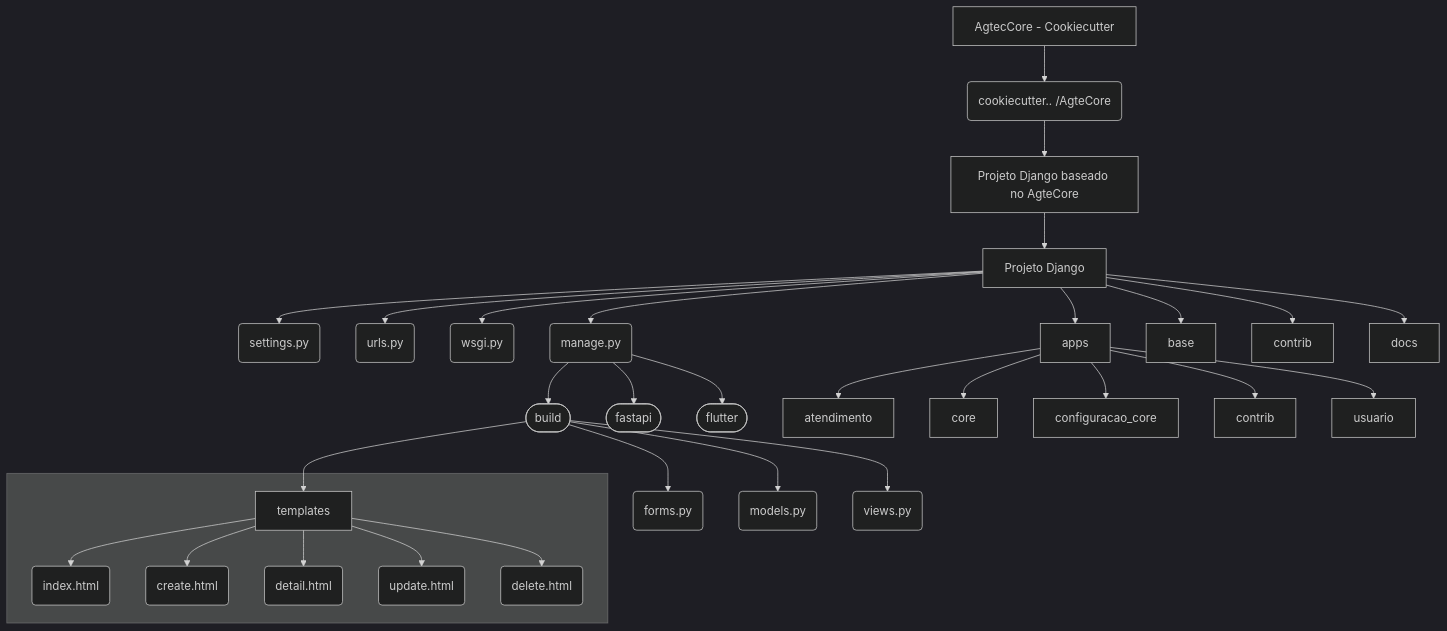
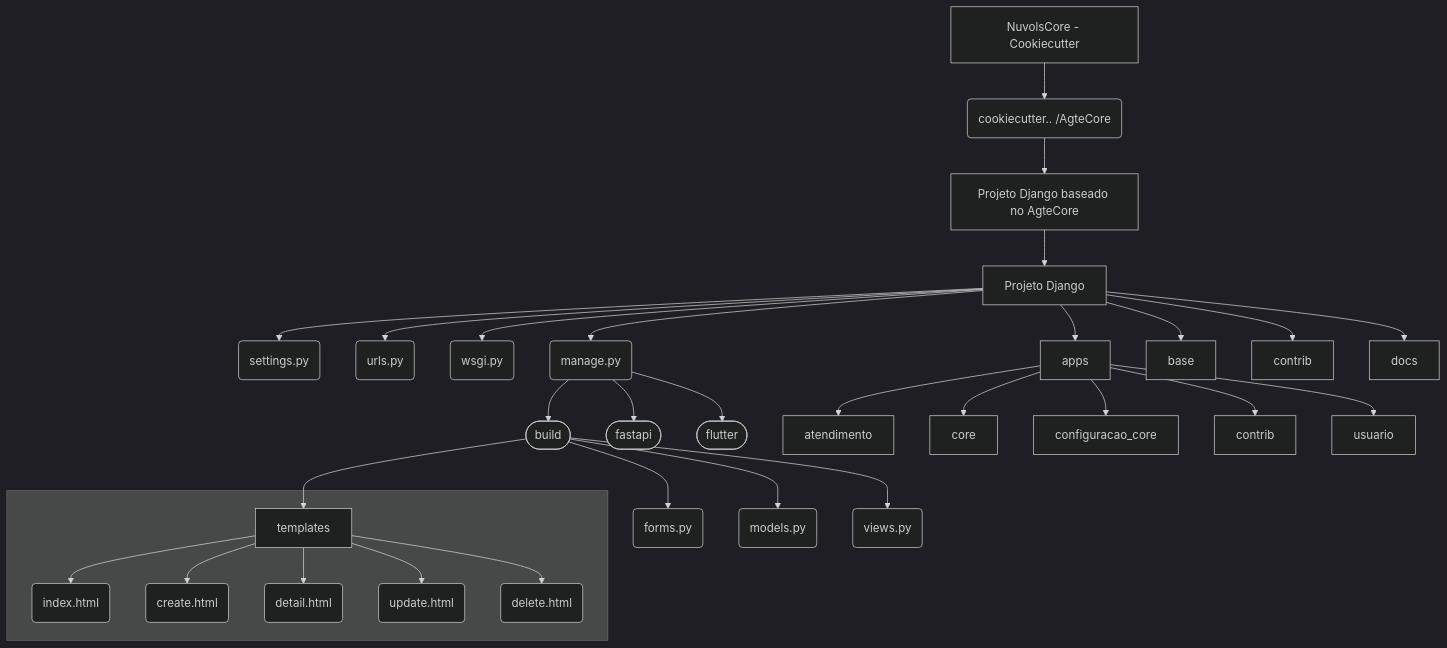
One commit to AgtecPalmas/AgtecCore changed the diagram in README.md. Above: the diagram before and after it, drawn with Mermaid (dark theme). The commit also changed other lines of this file and 103 other files, not shown here.

````diff
--- a/README.md
+++ b/README.md
@@ -152,35 +166,35 @@
 ```mermaid
 flowchart TD
-    A[ AgtecCore - Cookiecutter ]
+    A[ NuvolsCore - Cookiecutter ]
 A --> B( cookiecutter.. /AgteCore )
 B --> D[ Projeto Django baseado no AgteCore]
 D --> E[ Projeto Django ]
 E --> F( settings.py )
 E --> G( urls.py )
 E --> H( wsgi.py )
 E --> I( manage.py )
 I --> T([ build ])
 I --> U([ fastapi])
 I --> v([ flutter ])
 E --> J[ apps ]
 J --> K[ atendimento ]
 J --> M[ core ]
 J --> N[ configuracao_core ]
 J --> O[ contrib ]
 J --> S[ usuario ]
 E --> P[ base ]
 E --> Q[ contrib ]
 E --> R[ docs]
 T --> X( forms.py )
 T --> Y( models.py )
 T --> Z( views.py )
 T --> AA[ templates ]
 subgraph " "
 AA --> AB( index.html )
 AA --> AC( create.html )
 AA --> AD( detail.html )
 AA --> AE( update.html )
 AA --> AF( delete.html )
 end
 
 ```
````
